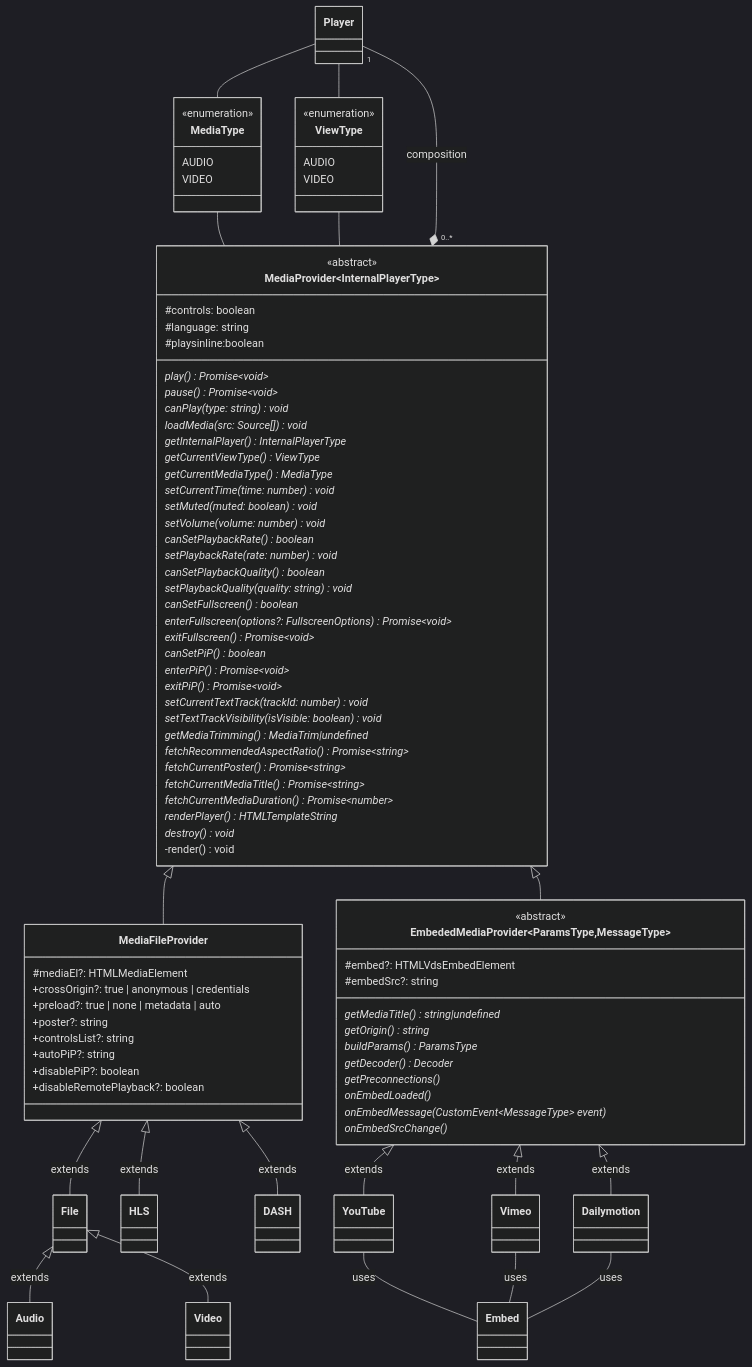
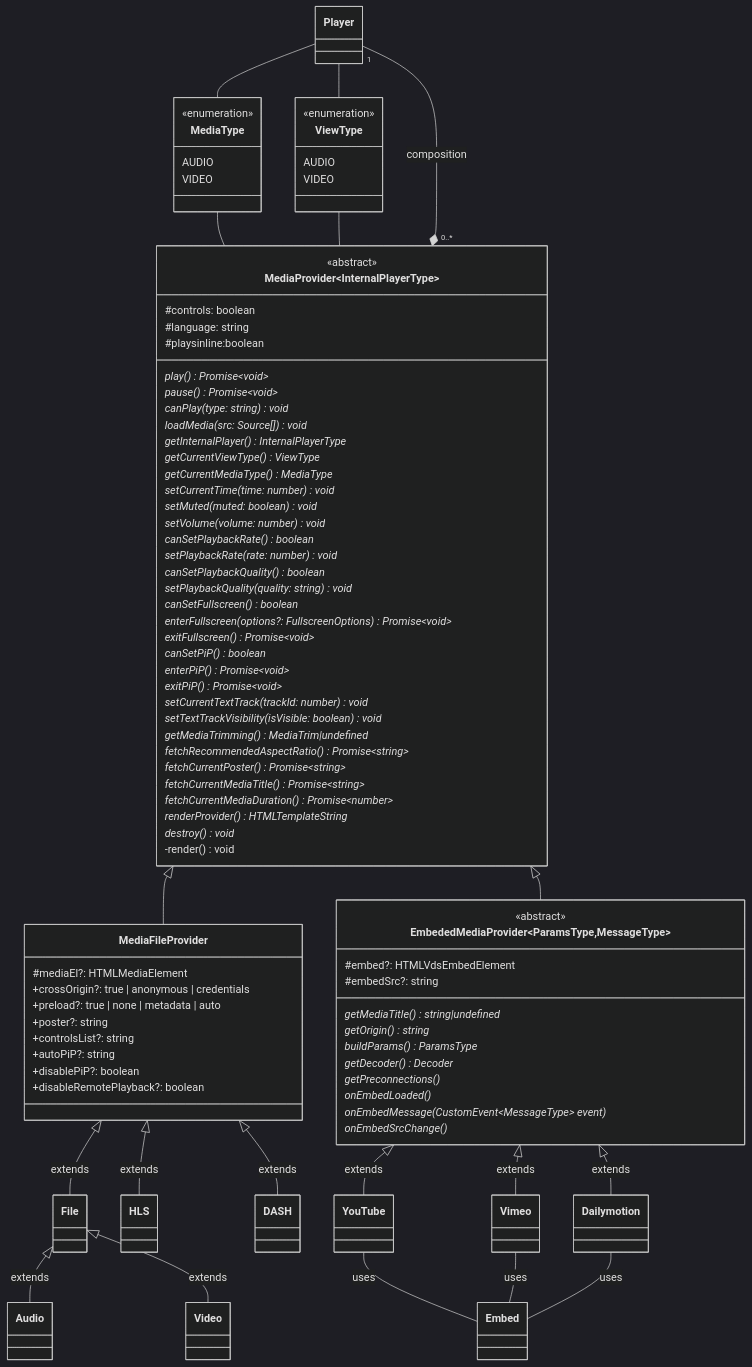
The diagram in docs/architecture/designs/providers.mmd (vidstack/player), drawn with Mermaid (dark theme) before and after one commit. The commit also changed 4 other files, not shown here.

```diff
--- a/docs/architecture/designs/providers.mmd
+++ b/docs/architecture/designs/providers.mmd
@@ -1,114 +1,114 @@
 classDiagram
 
 class YouTube
 class Vimeo
 class Dailymotion
 class Embed
 
 YouTube -- Embed: uses
 Vimeo -- Embed: uses
 Dailymotion -- Embed: uses
 
 class EmbededMediaProvider~ParamsType,MessageType~ {
     <<abstract>>
     #embed?: HTMLVdsEmbedElement
     #embedSrc?: string
 
     getMediaTitle()* string|undefined
     getOrigin()* string
     buildParams()* ParamsType
     getDecoder()* Decoder
     getPreconnections()*
     onEmbedLoaded()*
     onEmbedMessage(CustomEvent~MessageType~ event)*
     onEmbedSrcChange()*
 }
 
 EmbededMediaProvider <|-- YouTube: extends
 EmbededMediaProvider <|-- Vimeo: extends
 EmbededMediaProvider <|-- Dailymotion: extends
 
 class Video
 class Audio
 class File
 class HLS
 class DASH
 
 class MediaFileProvider {
     #mediaEl?: HTMLMediaElement
     +crossOrigin?: true | anonymous | credentials
     +preload?: true | none | metadata | auto
     +poster?: string
     +controlsList?: string
     +autoPiP?: string
     +disablePiP?: boolean
     +disableRemotePlayback?: boolean
 }
 
 File <|-- Audio: extends
 File <|-- Video: extends
 MediaFileProvider <|-- File: extends
 MediaFileProvider <|-- HLS: extends
 MediaFileProvider <|-- DASH: extends
 
 class MediaProvider~InternalPlayerType~ {
     <<abstract>>
     #controls: boolean
     #language: string
     #playsinline:boolean
 
     play()* Promise~void~
     pause()* Promise~void~
     canPlay(type: string)* void
     loadMedia(src: Source[])* void
     getInternalPlayer()* InternalPlayerType
     getCurrentViewType()* ViewType
     getCurrentMediaType()* MediaType
     setCurrentTime(time: number)* void
     setMuted(muted: boolean)* void
     setVolume(volume: number)* void
     canSetPlaybackRate()* boolean
     setPlaybackRate(rate: number)* void
     canSetPlaybackQuality()* boolean
     setPlaybackQuality(quality: string)* void
     canSetFullscreen()* boolean
     enterFullscreen(options?: FullscreenOptions)* Promise~void~
     exitFullscreen()* Promise~void~
     canSetPiP()* boolean
     enterPiP()* Promise~void~
     exitPiP()* Promise~void~
     setCurrentTextTrack(trackId: number)* void
     setTextTrackVisibility(isVisible: boolean)* void
     getMediaTrimming()* MediaTrim|undefined
     fetchRecommendedAspectRatio()* Promise~string~
     fetchCurrentPoster()* Promise~string~
     fetchCurrentMediaTitle()* Promise~string~
     fetchCurrentMediaDuration()* Promise~number~
-    renderPlayer()* HTMLTemplateString
+    renderProvider()* HTMLTemplateString
     destroy()* void
     -render() void
 }
 
 MediaProvider <|-- MediaFileProvider
 MediaProvider <|-- EmbededMediaProvider
 
 class MediaType {
     <<enumeration>>
     AUDIO
     VIDEO
 }
 
 class ViewType {
     <<enumeration>>
     AUDIO
     VIDEO
 }
 
 MediaType -- MediaProvider
 ViewType -- MediaProvider
 
 class Player
 
 Player -- MediaType
 Player -- ViewType
 Player "1" --* "0..*" MediaProvider: composition
```
